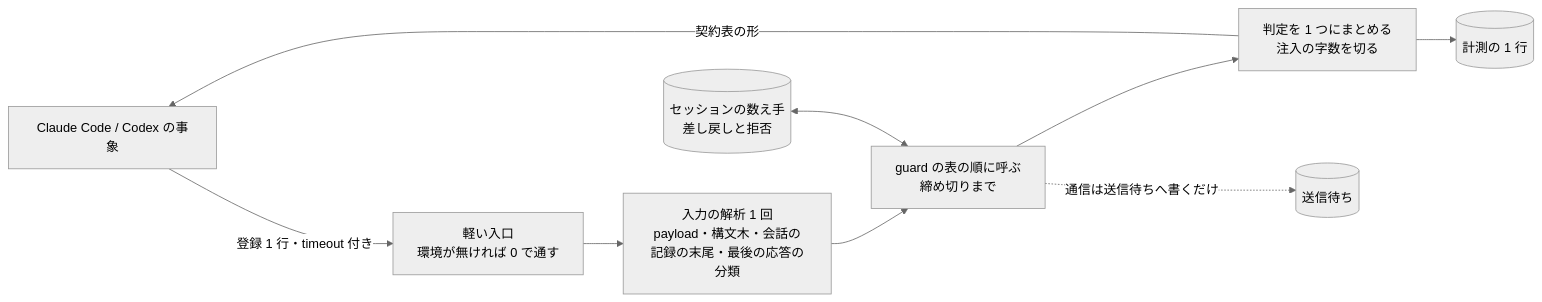
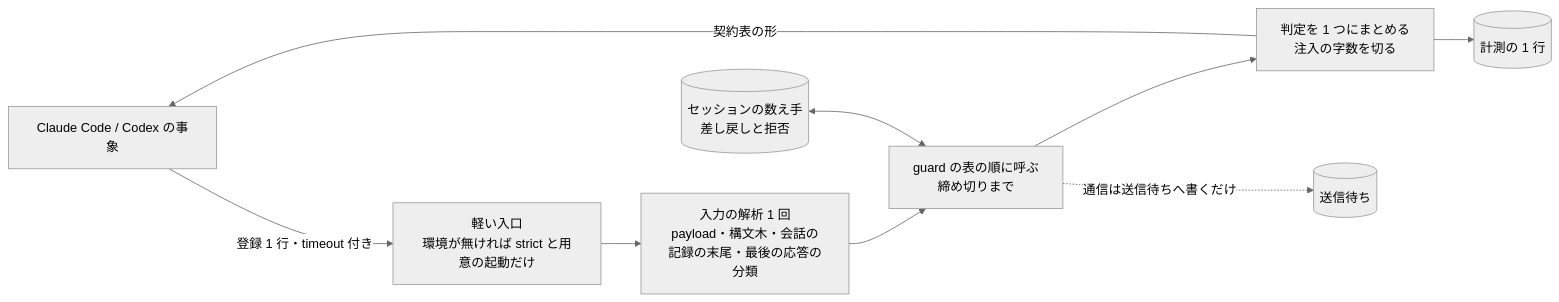
One commit to devbasex/ai-plugins changed the second of 2 diagrams in issues/issue-1142-design-next.md. Above: the diagram before and after it, drawn with Mermaid (neutral theme). The commit also changed other lines of this file and 2 other files, not shown here.

````diff
--- a/issues/issue-1142-design-next.md
+++ b/issues/issue-1142-design-next.md
@@ -211,11 +211,11 @@
 ```mermaid
 graph LR
-    RT[Claude Code / Codex の事象] -->|登録 1 行・timeout 付き| ENT[軽い入口<br>環境が無ければ 0 で通す]
+    RT[Claude Code / Codex の事象] -->|登録 1 行・timeout 付き| ENT[軽い入口<br>環境が無ければ strict と用意の起動だけ]
     ENT --> CTX[入力の解析 1 回<br>payload・構文木・会話の記録の末尾・最後の応答の分類]
     CTX --> G[guard の表の順に呼ぶ<br>締め切りまで]
     CNT[(セッションの数え手<br>差し戻しと拒否)] <--> G
     G --> OUT[判定を 1 つにまとめる<br>注入の字数を切る]
     OUT -->|契約表の形| RT
     OUT --> LOG[(計測の 1 行)]
     G -.->|通信は送信待ちへ書くだけ| BOX[(送信待ち)]
 ```
````
